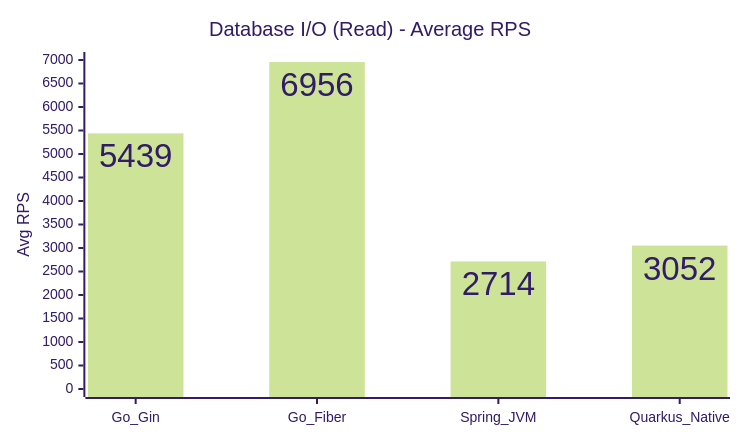
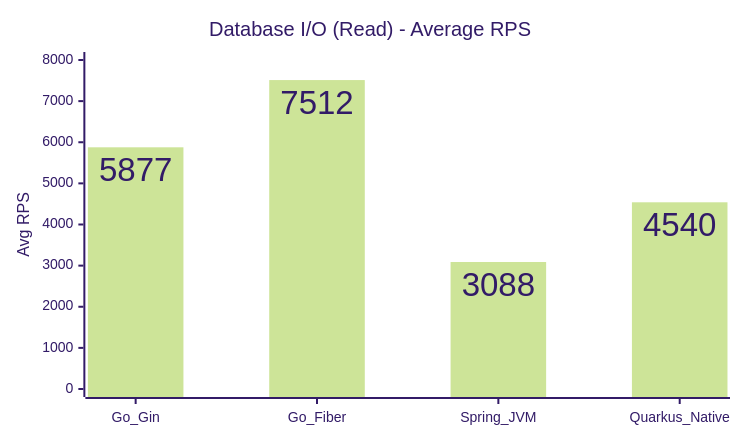
One commit to hiiamtin/go-vs-java changed the fourth of 15 diagrams in COMPARISON_REPORT.md. Above: the diagram before and after it, drawn with Mermaid (forest theme). The commit also changed other lines of this file and 93 other files, not shown here.

````diff
--- a/COMPARISON_REPORT.md
+++ b/COMPARISON_REPORT.md
@@ -97,14 +97,14 @@
 ```mermaid
 ---
 config:
   xyChart:
     width: 720
     height: 420
     showDataLabel: true
 ---
 xychart
     title "Database I/O (Read) - Average RPS"
     x-axis [Go_Gin, Go_Fiber, Spring_JVM, Quarkus_Native]
-    y-axis "Avg RPS" 0 --> 7000
-    bar [5439, 6956, 2714, 3052]
+    y-axis "Avg RPS" 0 --> 8000
+    bar [5877, 7512, 3088, 4540]
 ```
````
